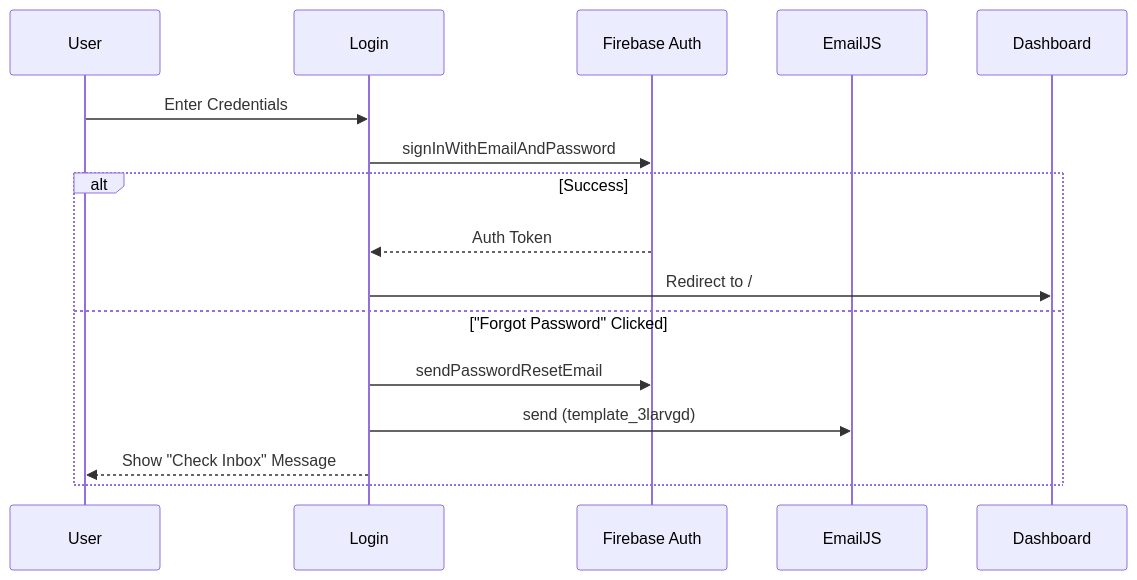
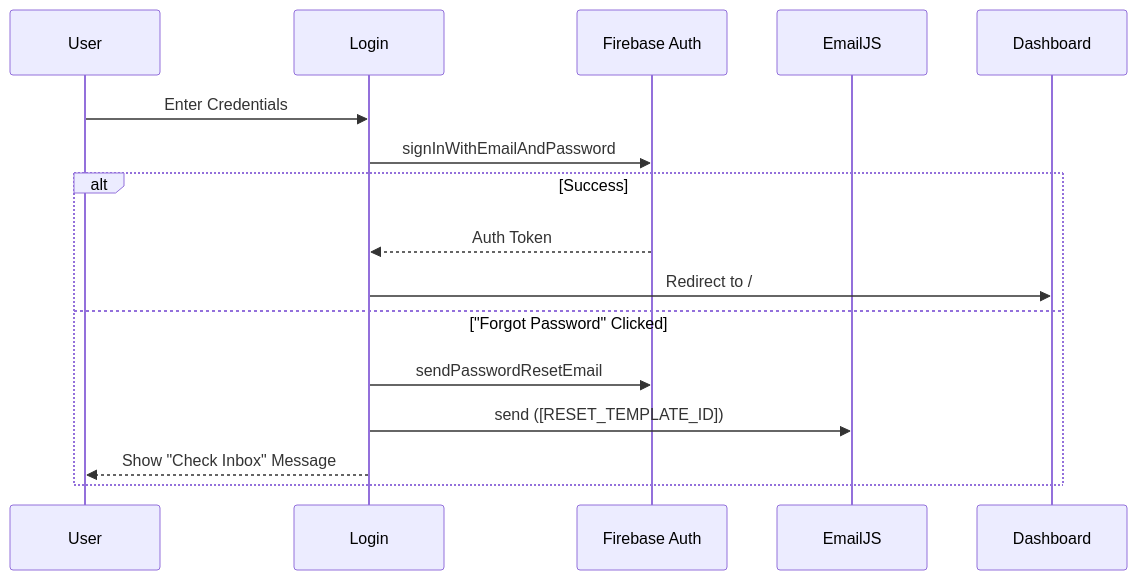
One commit to SHETYGURU/RAGA_HealthCare changed the diagram in apps/host/documents/control_flow.md. Above: the diagram before and after it, drawn with Mermaid. The commit also changed 5 other files, not shown here.

````diff
--- a/apps/host/documents/control_flow.md
+++ b/apps/host/documents/control_flow.md
@@ -9,19 +9,19 @@
 ```mermaid
 sequenceDiagram
     participant User
     participant Login
     participant Firebase Auth
     participant EmailJS
     participant Dashboard
 
     User->>Login: Enter Credentials
     Login->>Firebase Auth: signInWithEmailAndPassword
     alt Success
         Firebase Auth-->>Login: Auth Token
         Login->>Dashboard: Redirect to /
     else "Forgot Password" Clicked
         Login->>Firebase Auth: sendPasswordResetEmail
-        Login->>EmailJS: send (template_3larvgd)
+        Login->>EmailJS: send ([RESET_TEMPLATE_ID])
         Login-->>User: Show "Check Inbox" Message
     end
 ```
````
